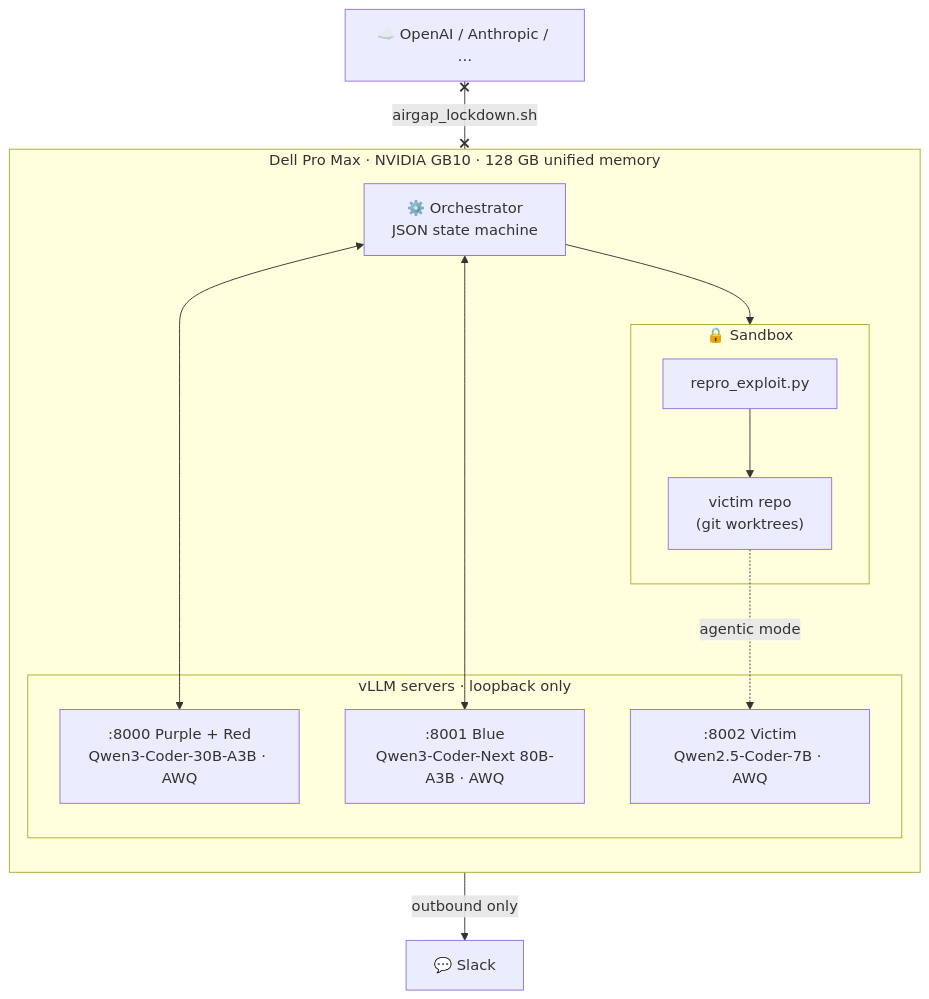
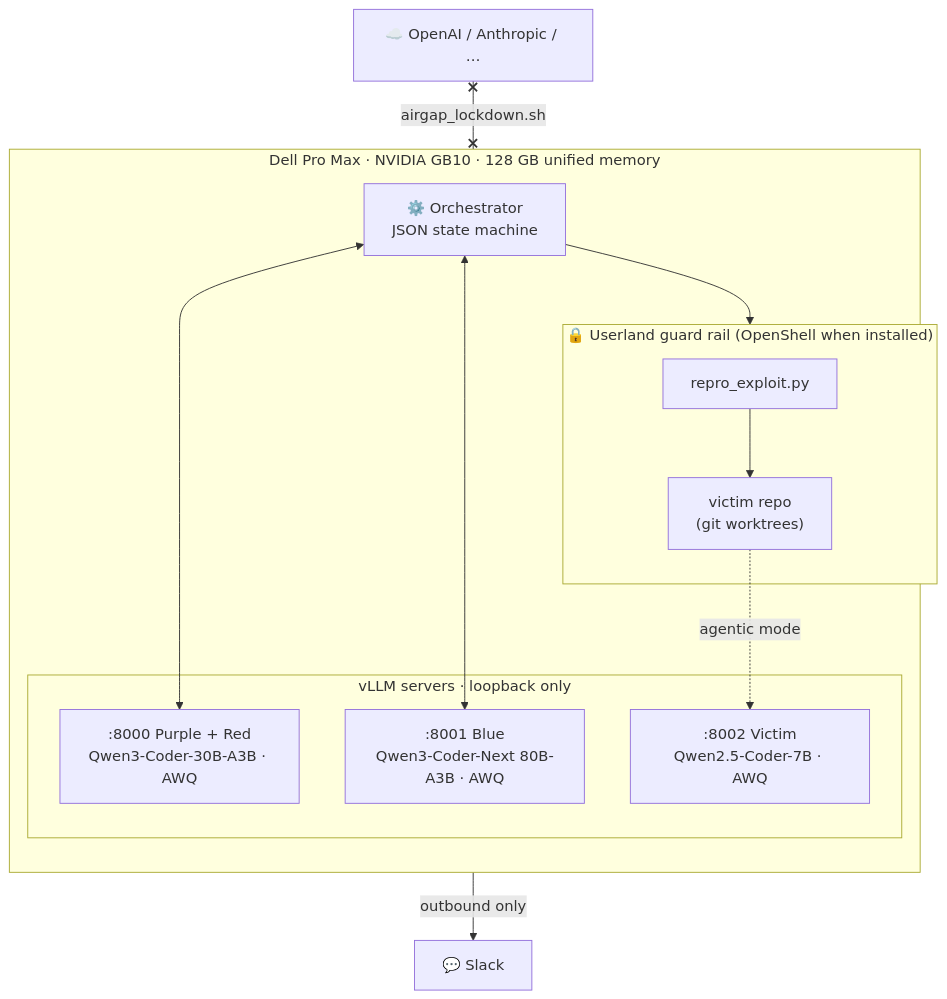
One commit to djang-c/WreckLess-Cyber-Security changed the fifth of 6 diagrams in README.md. Above: the diagram before and after it, drawn with Mermaid. The commit also changed other lines of this file and 21 other files, not shown here.

````diff
--- a/README.md
+++ b/README.md
@@ -138,22 +138,22 @@
 ```mermaid
 flowchart TB
     subgraph GB10["Dell Pro Max · NVIDIA GB10 · 128 GB unified memory"]
         direction TB
         O["⚙️ Orchestrator<br/>JSON state machine"]
         subgraph VLLM["vLLM servers · loopback only"]
             S0[":8000 Purple + Red<br/>Qwen3-Coder-30B-A3B · AWQ"]
             S1[":8001 Blue<br/>Qwen3-Coder-Next 80B-A3B · AWQ"]
             S2[":8002 Victim<br/>Qwen2.5-Coder-7B · AWQ"]
         end
-        subgraph SB["🔒 Sandbox"]
+        subgraph SB["🔒 Userland guard rail (OpenShell when installed)"]
             E["repro_exploit.py"]
             V["victim repo<br/>(git worktrees)"]
         end
         O <--> S0 & S1
         O --> SB
         E --> V
         V -. agentic mode .-> S2
     end
     O -- "outbound only" --> SL["💬 Slack"]
     X["☁️ OpenAI / Anthropic / …"] x--x|"airgap_lockdown.sh"| GB10
 ```
````
